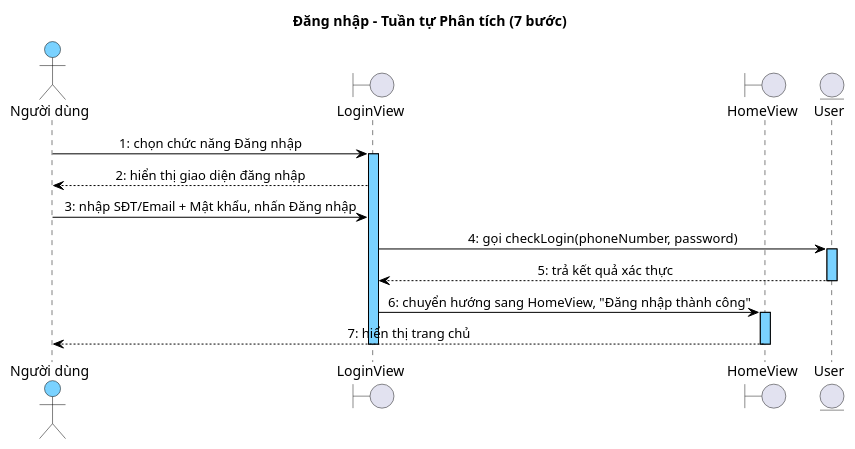
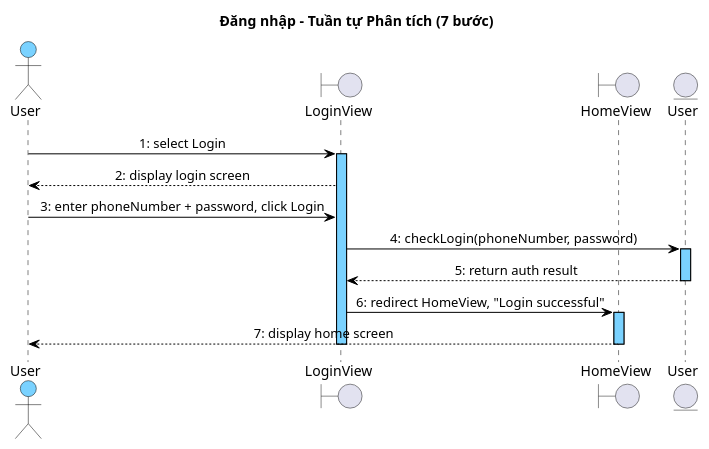
Before and after one commit to thanhtrnnn/cnpm: the third of 7 diagrams in docs/tabs/account/ii-analysis.md, drawn with PlantUML. The commit also changed other lines of this file and 3 other files, not shown here.

First line of the commit message:
fix: PlantUML arrow labels → English; section II.4 scenarios use bullets

````diff
--- a/docs/tabs/account/ii-analysis.md
+++ b/docs/tabs/account/ii-analysis.md
@@ -412,44 +412,44 @@
 ```plantuml
 @startuml
 skinparam shadowing false
 skinparam SequenceMessageAlign left
 skinparam sequenceMessageAlign center
 skinparam sequenceArrowThickness 1
 skinparam sequenceLifeLineBorderColor #000000
 skinparam sequenceLifeLineBackgroundColor #7AD2FF
 skinparam sequenceParticipantBackgroundColor #7AD2FF
 skinparam sequenceParticipantBorderColor #000000
 skinparam sequenceParticipantFontColor #000000
 skinparam sequenceArrowColor #000000
 skinparam sequenceArrowFontColor #000000
 skinparam sequenceGroupBorderColor #000000
 skinparam sequenceGroupBackgroundColor #DDEEFF
 skinparam sequenceDividerBorderColor #000000
 skinparam sequenceDividerBackgroundColor #DDEEFF
 skinparam sequenceMessageFontColor #000000
 skinparam sequenceMessageFontSize 10
 skinparam sequenceActorBorderColor #000000
 skinparam sequenceActorBackgroundColor #7AD2FF
 skinparam sequenceActorFontColor #000000
 title Đăng nhập – Tuần tự Phân tích (7 bước)
 
-actor "Người dùng" as Actor
+actor "User" as Actor
 boundary LoginView as B1
 boundary HomeView as B2
 entity User as E1
 
-Actor -> B1 : 1: chọn chức năng Đăng nhập
+Actor -> B1 : 1: select Login
 activate B1
-B1 --> Actor : 2: hiển thị giao diện đăng nhập
-Actor -> B1 : 3: nhập SĐT/Email + Mật khẩu, nhấn Đăng nhập
-B1 -> E1 : 4: gọi checkLogin(phoneNumber, password)
+B1 --> Actor : 2: display login screen
+Actor -> B1 : 3: enter phoneNumber + password, click Login
+B1 -> E1 : 4: checkLogin(phoneNumber, password)
 activate E1
-E1 --> B1 : 5: trả kết quả xác thực
+E1 --> B1 : 5: return auth result
 deactivate E1
-B1 -> B2 : 6: chuyển hướng sang HomeView, "Đăng nhập thành công"
+B1 -> B2 : 6: redirect HomeView, "Login successful"
 activate B2
-B2 --> Actor : 7: hiển thị trang chủ
+B2 --> Actor : 7: display home screen
 deactivate B2
 deactivate B1
 @enduml
 ```
````
